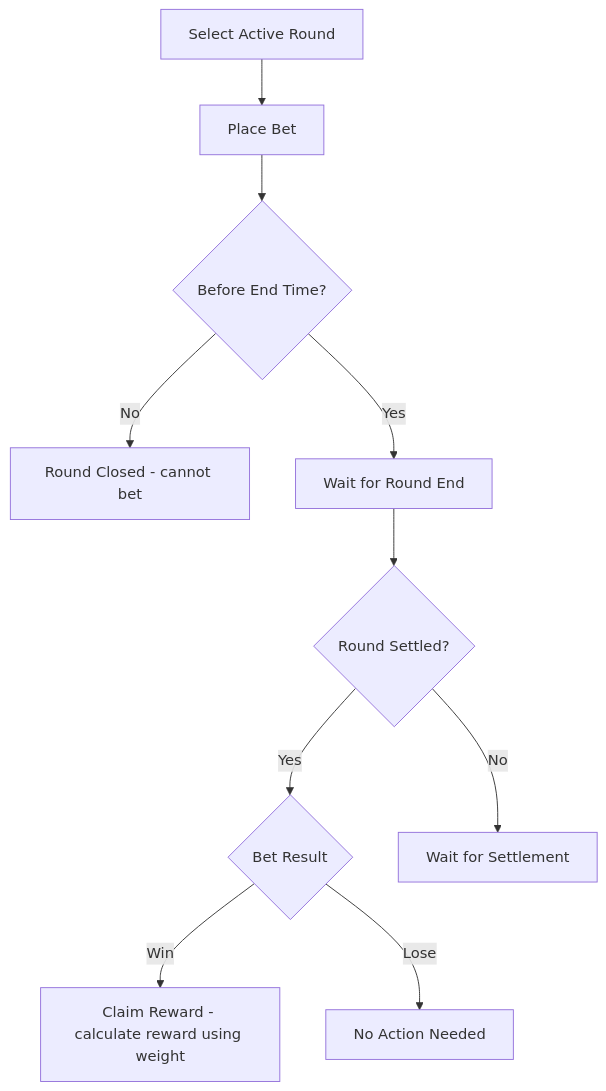
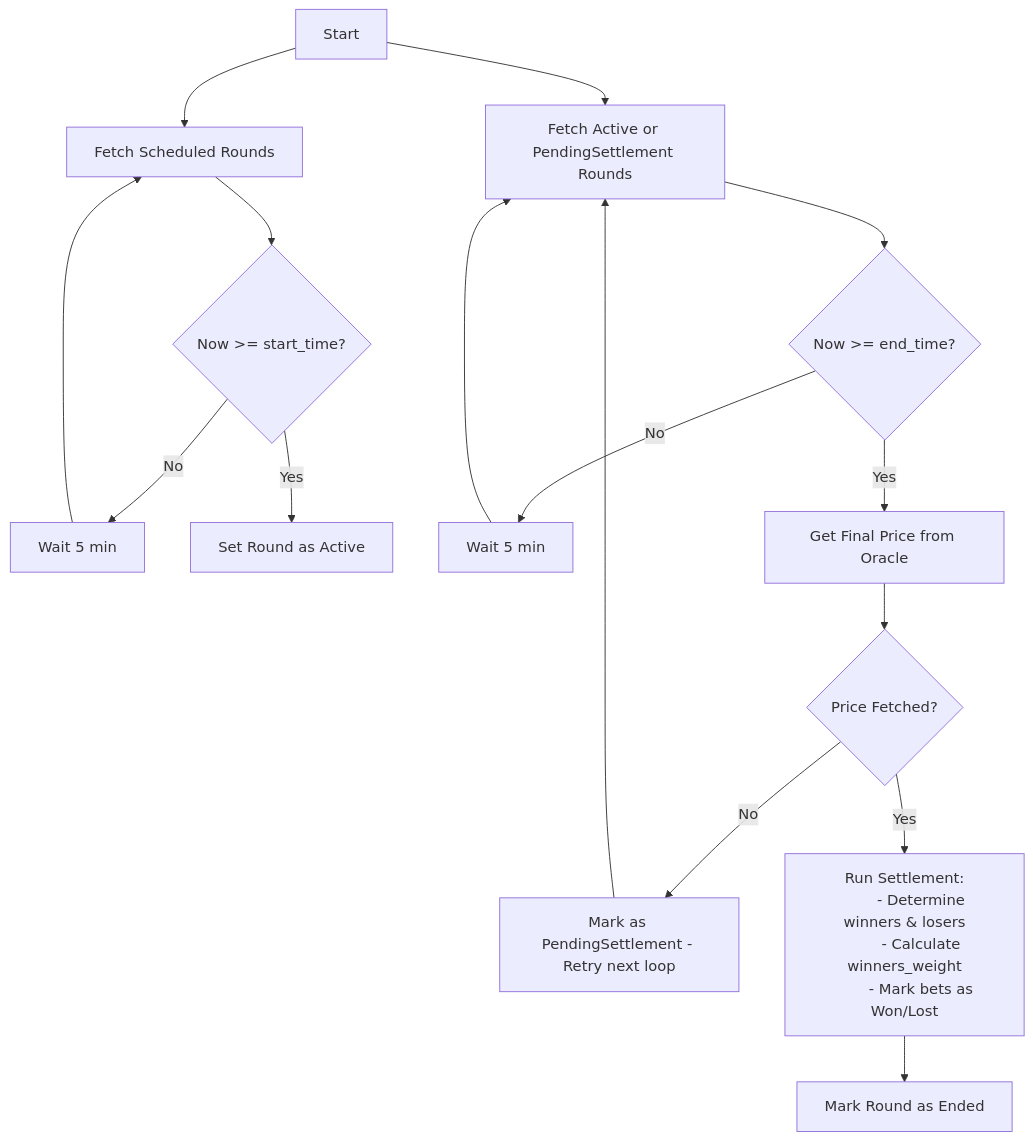
Before and after one commit to muhammad-akbrrr/gold-rush-smartcontract: the fourth of 7 diagrams in README.md, drawn with Mermaid. The commit also changed other lines of this file, not shown here.

Commit message:
feat(readme): reward calculation

````diff
--- a/README.md
+++ b/README.md
@@ -213,13 +209,22 @@
 ```mermaid
-graph TD
-    A[Select Active Round] --> B[Place Bet]
-    B --> C{Before End Time?}
-    C -->|No| D[Round Closed - cannot bet]
-    C -->|Yes| E[Wait for Round End]
-    E --> F{Round Settled?}
-    F -->|Yes| G{Bet Result}
-    G -->|Win| H[Claim Reward - calculate reward using weight]
-    G -->|Lose| I[No Action Needed]
-    F -->|No| J[Wait for Settlement]
+flowchart TD
+    A[Start] --> B[Fetch Scheduled Rounds]
+    B --> C{Now >= start_time?}
+    C -- No --> B1[Wait 5 min] --> B
+    C -- Yes --> D[Set Round as Active]
 
+    %% Loop settlement check
+    A --> E[Fetch Active or PendingSettlement Rounds]
+    E --> F{Now >= end_time?}
+    F -- No --> E1[Wait 5 min] --> E
+    F -- Yes --> G[Get Final Price from Oracle]
+
+    G --> H{Price Fetched?}
+    H -- No --> I[Mark as PendingSettlement - Retry next loop] --> E
+    H -- Yes --> J[Run Settlement:
+        - Determine winners & losers
+        - Calculate winners_weight
+        - Mark bets as Won/Lost]
+
+    J --> K[Mark Round as Ended]
 ```
````
